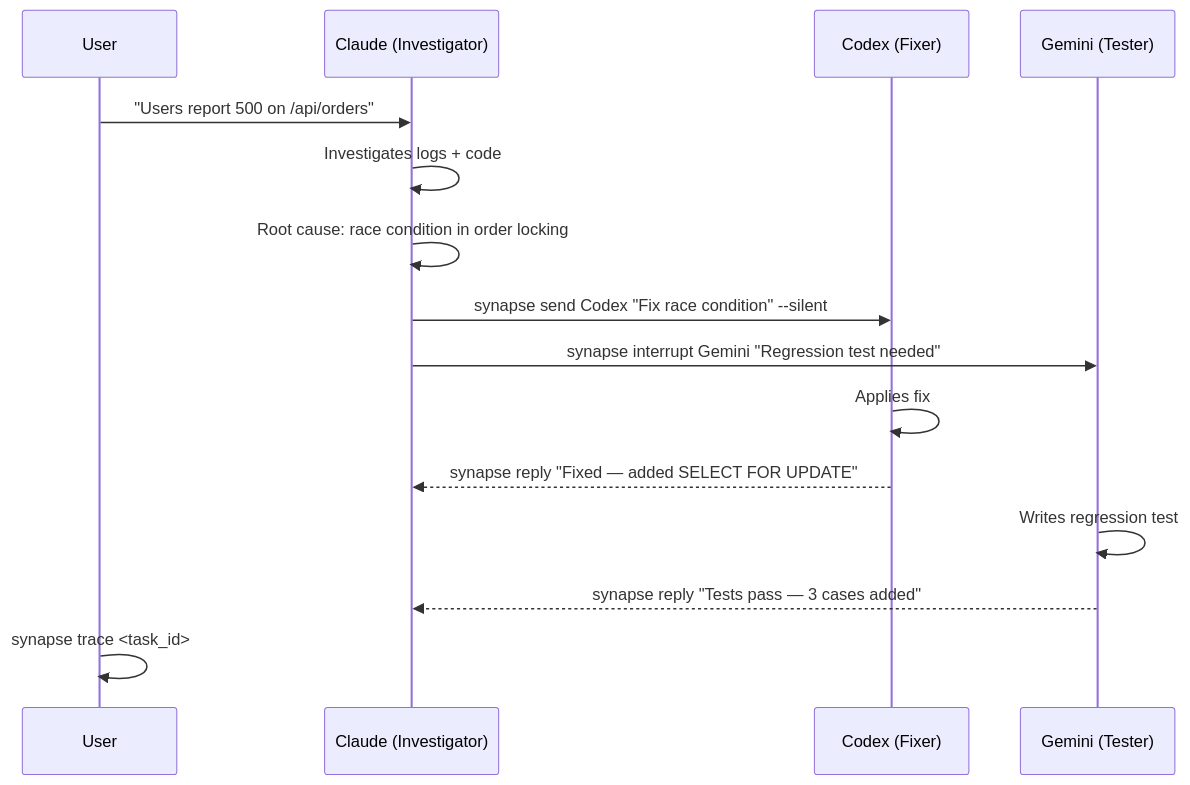
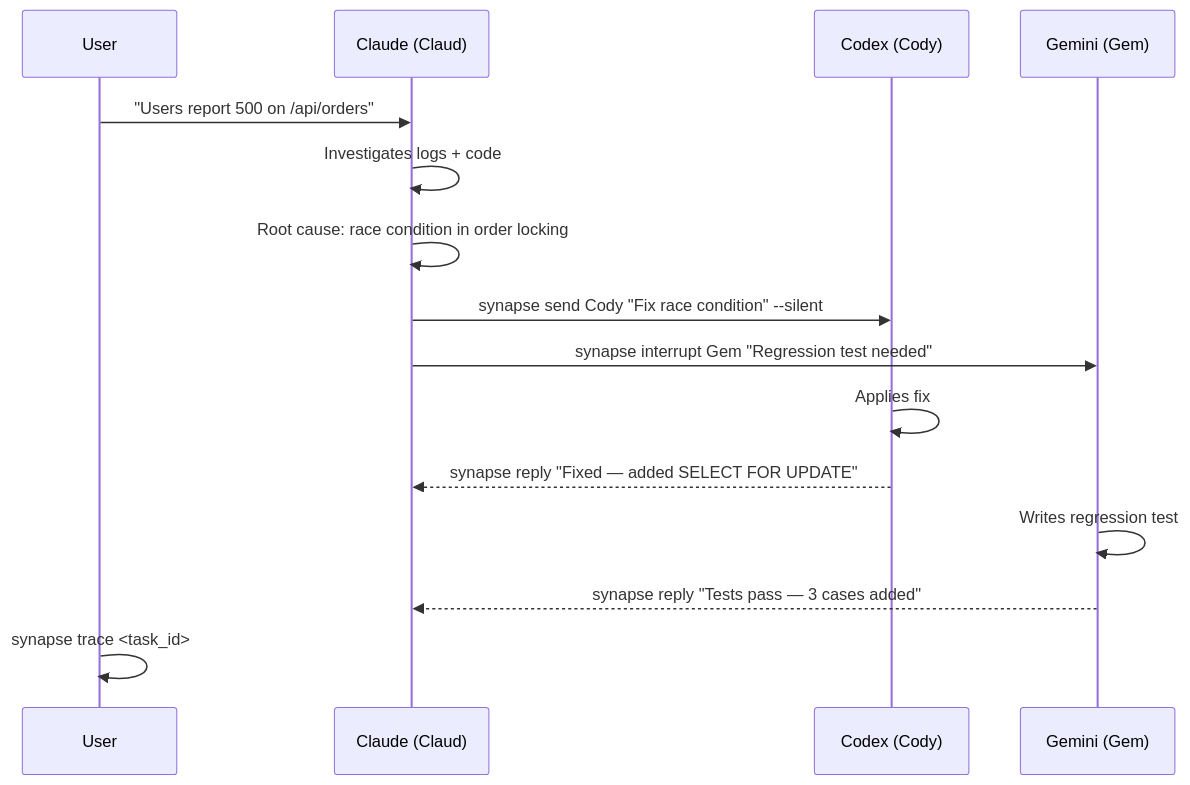
The third of 8 diagrams in site-docs/guide/cross-agent-scenarios.md (s-hiraoku/synapse-a2a), drawn with Mermaid before and after one commit. The commit also changed other lines of this file and 32 other files, not shown here.

````diff
--- a/site-docs/guide/cross-agent-scenarios.md
+++ b/site-docs/guide/cross-agent-scenarios.md
@@ -182,18 +182,18 @@
 ```mermaid
 sequenceDiagram
     participant User
-    participant Claude as Claude (Investigator)
-    participant Codex as Codex (Fixer)
-    participant Gemini as Gemini (Tester)
+    participant Claude as Claude (Claud)
+    participant Codex as Codex (Cody)
+    participant Gemini as Gemini (Gem)
 
     User->>Claude: "Users report 500 on /api/orders"
     Claude->>Claude: Investigates logs + code
     Claude->>Claude: Root cause: race condition in order locking
-    Claude->>Codex: synapse send Codex "Fix race condition" --silent
-    Claude->>Gemini: synapse interrupt Gemini "Regression test needed"
+    Claude->>Codex: synapse send Cody "Fix race condition" --silent
+    Claude->>Gemini: synapse interrupt Gem "Regression test needed"
     Codex->>Codex: Applies fix
     Codex-->>Claude: synapse reply "Fixed — added SELECT FOR UPDATE"
     Gemini->>Gemini: Writes regression test
     Gemini-->>Claude: synapse reply "Tests pass — 3 cases added"
     User->>User: synapse trace <task_id>
 ```
````
